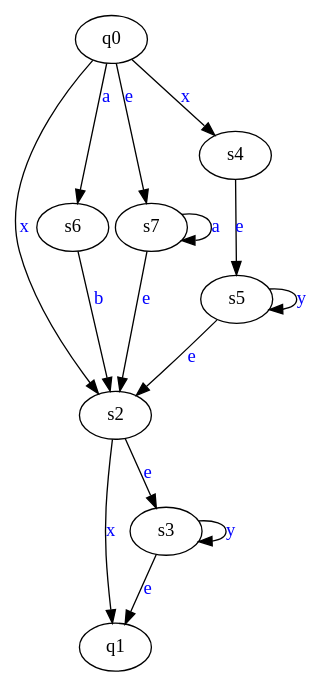
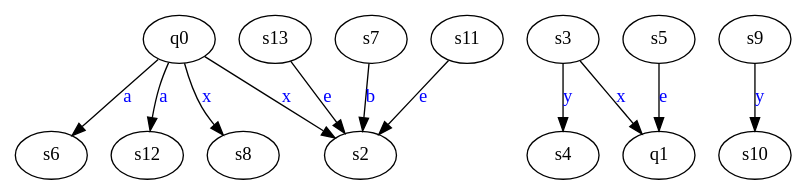
Before and after one commit to SmartPhoneJava/compiler-design: the diagram in assets/v2.dot, drawn with Graphviz. The commit also changed 29 other files, not shown here.

```diff
--- a/assets/v2.dot
+++ b/assets/v2.dot
@@ -1,25 +1,28 @@
 digraph G {
-	s2->q1[ label=<<font color="blue">x</font>> ];
-	s3->s3[ label=<<font color="blue">y</font>> ];
-	s6->s2[ label=<<font color="blue">b</font>> ];
-	s7->s2[ label=<<font color="blue">e</font>> ];
-	q0->s2[ label=<<font color="blue">x</font>> ];
-	s2->s3[ label=<<font color="blue">e</font>> ];
-	q0->s4[ label=<<font color="blue">x</font>> ];
-	s5->s5[ label=<<font color="blue">y</font>> ];
-	s5->s2[ label=<<font color="blue">e</font>> ];
-	s7->s7[ label=<<font color="blue">a</font>> ];
-	q0->s6[ label=<<font color="blue">a</font>> ];
-	s4->s5[ label=<<font color="blue">e</font>> ];
-	q0->s7[ label=<<font color="blue">e</font>> ];
-	s3->q1[ label=<<font color="blue">e</font>> ];
-	q0;
-	q1;
-	s2;
-	s3;
-	s4;
-	s5;
-	s6;
-	s7;
+	"s11"->"s2"[ label=<<font color="blue">e</font>> ];
+	"q0"->"s12"[ label=<<font color="blue">a</font>> ];
+	"s13"->"s2"[ label=<<font color="blue">e</font>> ];
+	"s3"->"q1"[ label=<<font color="blue">x</font>> ];
+	"s7"->"s2"[ label=<<font color="blue">b</font>> ];
+	"s9"->"s10"[ label=<<font color="blue">y</font>> ];
+	"q0"->"s2"[ label=<<font color="blue">x</font>> ];
+	"q0"->"s8"[ label=<<font color="blue">x</font>> ];
+	"s3"->"s4"[ label=<<font color="blue">y</font>> ];
+	"s5"->"q1"[ label=<<font color="blue">e</font>> ];
+	"q0"->"s6"[ label=<<font color="blue">a</font>> ];
+	"q0";
+	"q1";
+	"s10";
+	"s11";
+	"s12";
+	"s13";
+	"s2";
+	"s3";
+	"s4";
+	"s5";
+	"s6";
+	"s7";
+	"s8";
+	"s9";
 
 }
```
